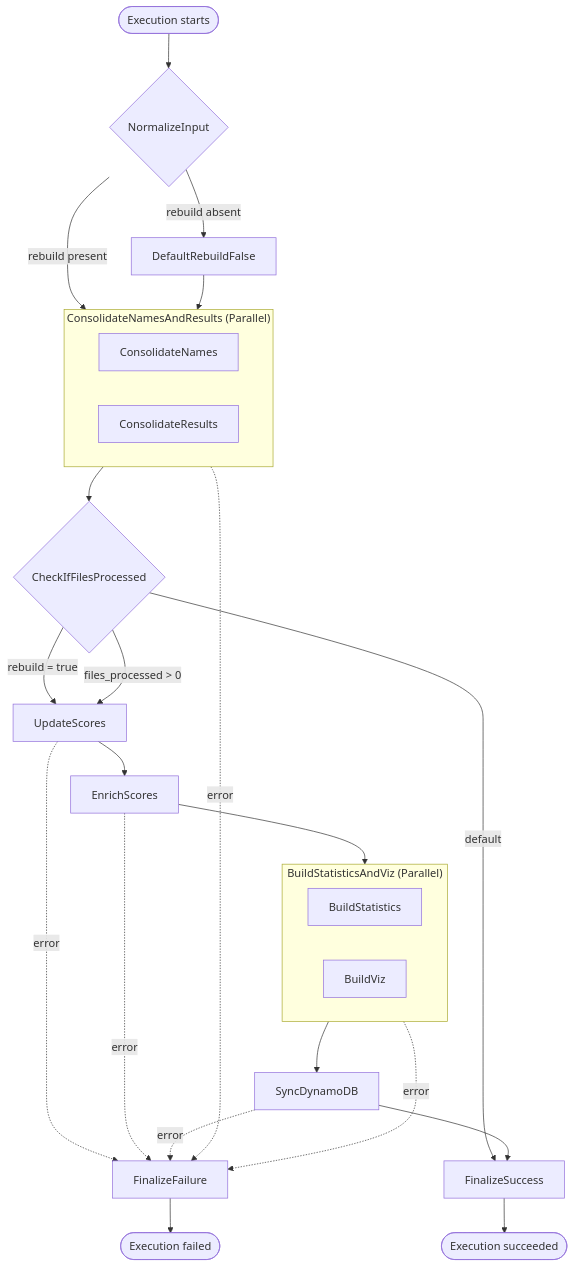
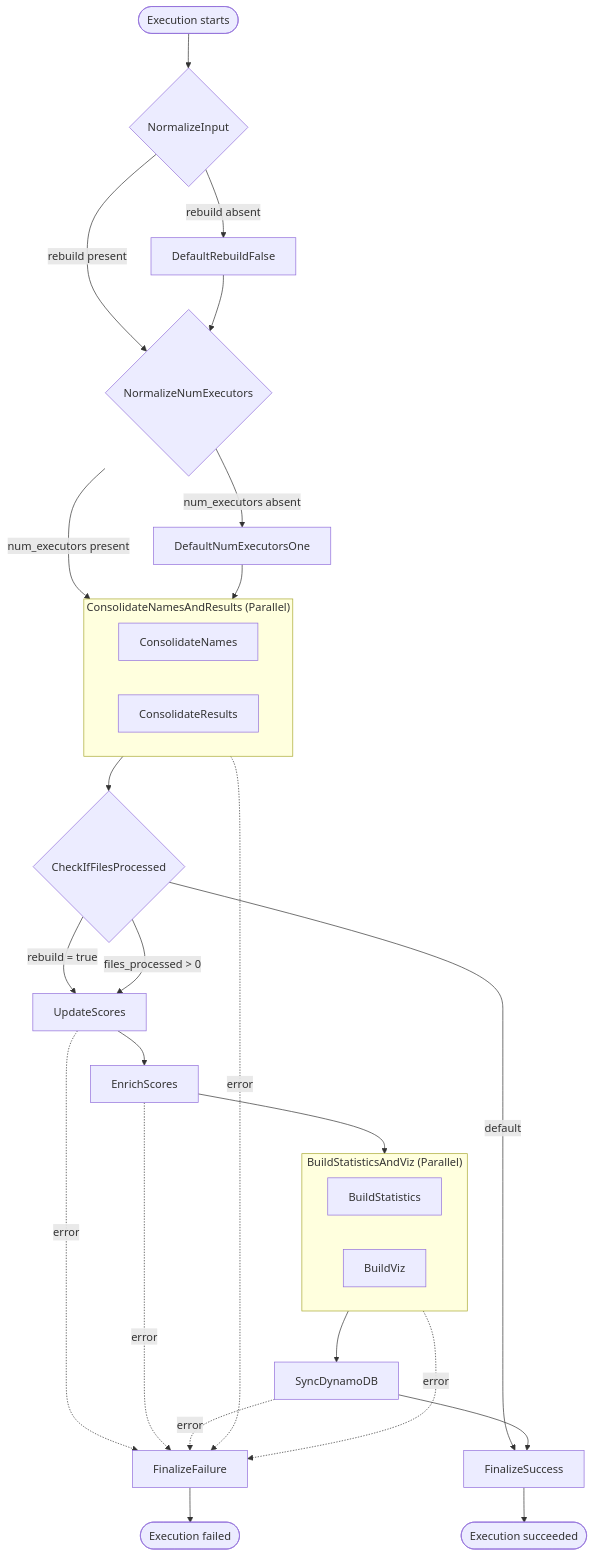
The diagram in state-machine/README.md (tor-gu/toa-data-pipeline), drawn with Mermaid before and after one commit. The commit also changed other lines of this file and 5 other files, not shown here.

````diff
--- a/state-machine/README.md
+++ b/state-machine/README.md
@@ -7,34 +7,37 @@
 ```mermaid
 flowchart TD
     Start([Execution starts]) --> Norm{NormalizeInput}
     Norm -->|rebuild absent| DefaultRebuildFalse
-    Norm -->|rebuild present| ConsolidatePar
-    DefaultRebuildFalse --> ConsolidatePar
+    Norm -->|rebuild present| NormExec
+    DefaultRebuildFalse --> NormExec{NormalizeNumExecutors}
+    NormExec -->|num_executors absent| DefaultNumExecutorsOne
+    NormExec -->|num_executors present| ConsolidatePar
+    DefaultNumExecutorsOne --> ConsolidatePar
     ConsolidatePar --> Check{CheckIfFilesProcessed}
     Check -->|rebuild = true| UpdateScores
     Check -->|files_processed > 0| UpdateScores
     Check -->|default| FinalizeSuccess
     UpdateScores --> EnrichScores
     EnrichScores --> Par
 
     subgraph ConsolidatePar["ConsolidateNamesAndResults (Parallel)"]
         ConsolidateNames
         ConsolidateResults
     end
 
     subgraph Par["BuildStatisticsAndViz (Parallel)"]
         BuildStatistics
         BuildViz
     end
 
     Par --> SyncDynamoDB
     SyncDynamoDB --> FinalizeSuccess
     FinalizeSuccess --> Succeeded([Execution succeeded])
 
     ConsolidatePar -.->|error| FinalizeFailure
     UpdateScores -.->|error| FinalizeFailure
     EnrichScores -.->|error| FinalizeFailure
     Par -.->|error| FinalizeFailure
     SyncDynamoDB -.->|error| FinalizeFailure
     FinalizeFailure --> ExecutionFailed([Execution failed])
 ```
````
